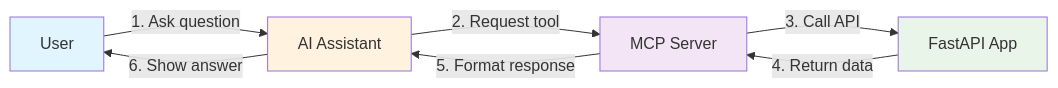
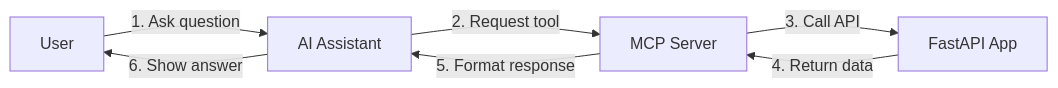
One commit to sethukrs/fastapi-mcp-demo changed the first of 3 diagrams in README.md. Above: the diagram before and after it, drawn with Mermaid. The commit also changed other lines of this file, not shown here.

````diff
--- a/README.md
+++ b/README.md
@@ -19,14 +19,9 @@
 ```mermaid
 graph LR
     A[User] -->|"1. Ask question"| B[AI Assistant]
     B -->|"2. Request tool"| C[MCP Server]
     C -->|"3. Call API"| D[FastAPI App]
     D -->|"4. Return data"| C
     C -->|"5. Format response"| B
     B -->|"6. Show answer"| A
-    
-    style A fill:#e1f5fe
-    style B fill:#fff3e0
-    style C fill:#f3e5f5
-    style D fill:#e8f5e8
 ```
````
